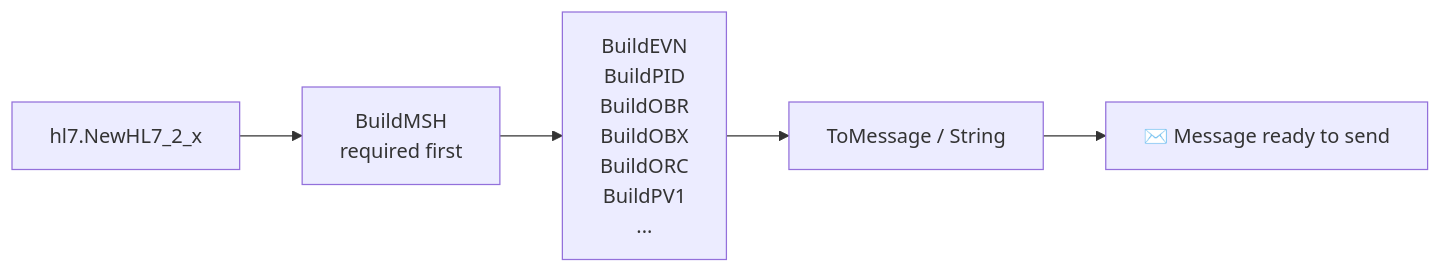
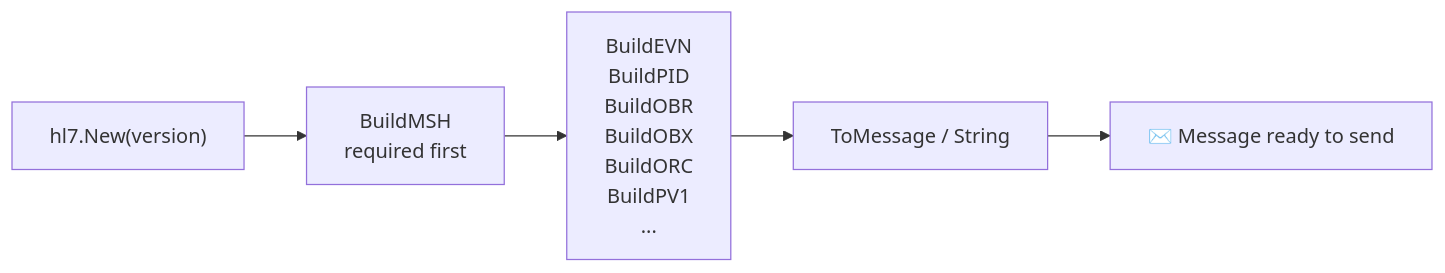
The first of 2 diagrams in client/README.md (Bugs5382/go-hl7), drawn with Mermaid before and after one commit. The commit also changed other lines of this file and 54 other files, not shown here.

````diff
--- a/client/README.md
+++ b/client/README.md
@@ -114,7 +114,7 @@
 ```mermaid
 flowchart LR
-    A[hl7.NewHL7_2_x] --> B[BuildMSH<br/>required first]
+    A["hl7.New(version)"] --> B[BuildMSH<br/>required first]
     B --> C[BuildEVN<br/>BuildPID<br/>BuildOBR<br/>BuildOBX<br/>BuildORC<br/>BuildPV1<br/>...]
     C --> D[ToMessage / String]
     D --> E[ ✉️ Message ready to send]
 ```
````
